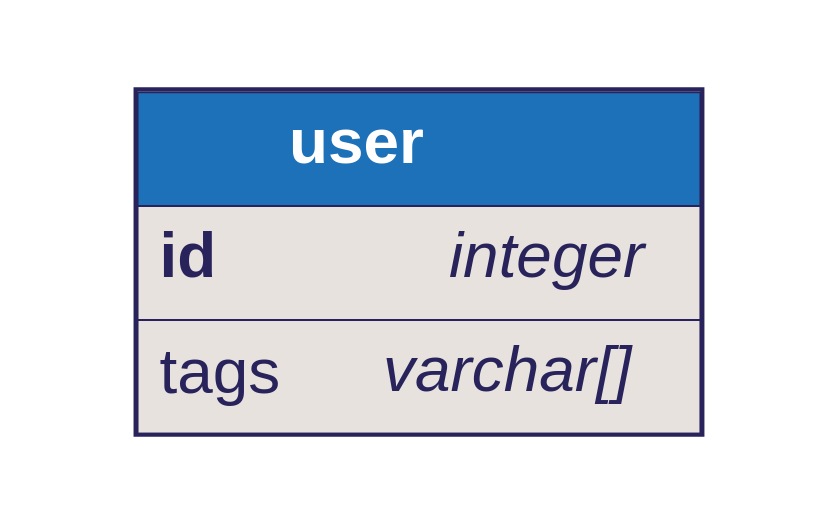
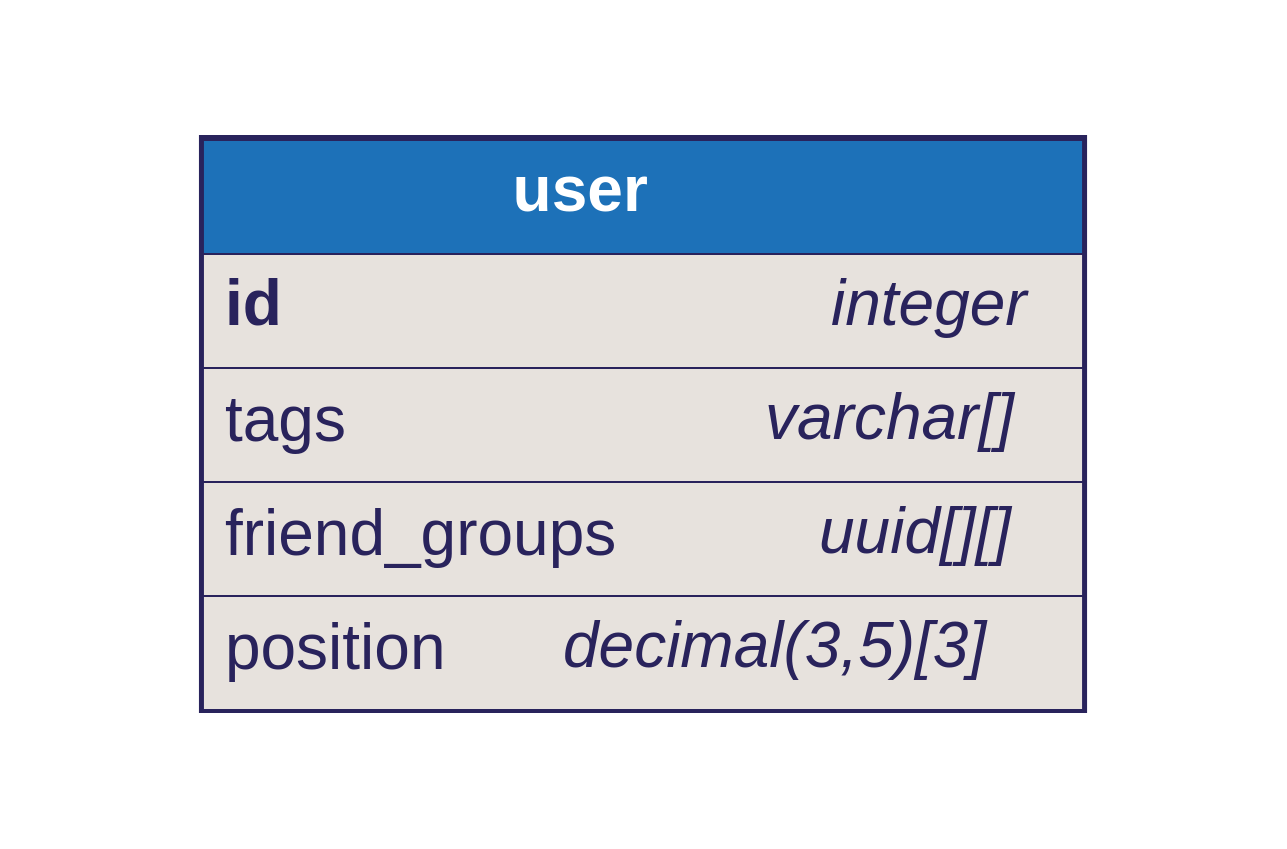
Before and after one commit to softwaretechnik-berlin/dbml-renderer: the diagram in examples/array-type.dbml.dot, drawn with Graphviz. The commit also changed 2 other files, not shown here.

```diff
--- a/examples/array-type.dbml.dot
+++ b/examples/array-type.dbml.dot
@@ -1,30 +1,46 @@
 digraph dbml {
       rankdir=LR;
       graph [fontname="helvetica", fontsize=32, fontcolor="#29235c", bgcolor="transparent"];
       node [penwidth=0, margin=0, fontname="helvetica", fontsize=32, fontcolor="#29235c"];
       edge [fontname="helvetica", fontsize=32, fontcolor="#29235c", color="#29235c"];
 
       
       
       "user" [id="user";label=<<TABLE BORDER="2" COLOR="#29235c" CELLBORDER="1" CELLSPACING="0" CELLPADDING="10">
       <TR><TD PORT="f0" BGCOLOR="#1d71b8"><FONT COLOR="#ffffff"><B>       user       </B></FONT></TD></TR>
 <TR><TD ALIGN="LEFT" PORT="f1" BGCOLOR="#e7e2dd">
       <TABLE CELLPADDING="0" CELLSPACING="0" BORDER="0">
         <TR>
           <TD ALIGN="LEFT"><B>id</B>    </TD>
           <TD ALIGN="RIGHT"><FONT><I>integer</I></FONT></TD>
         </TR>
       </TABLE>
     </TD></TR>
 <TR><TD ALIGN="LEFT" PORT="f2" BGCOLOR="#e7e2dd">
       <TABLE CELLPADDING="0" CELLSPACING="0" BORDER="0">
         <TR>
           <TD ALIGN="LEFT">tags    </TD>
           <TD ALIGN="RIGHT"><FONT><I>varchar[]</I></FONT></TD>
         </TR>
       </TABLE>
     </TD></TR>
+<TR><TD ALIGN="LEFT" PORT="f3" BGCOLOR="#e7e2dd">
+      <TABLE CELLPADDING="0" CELLSPACING="0" BORDER="0">
+        <TR>
+          <TD ALIGN="LEFT">friend_groups    </TD>
+          <TD ALIGN="RIGHT"><FONT><I>uuid[][]</I></FONT></TD>
+        </TR>
+      </TABLE>
+    </TD></TR>
+<TR><TD ALIGN="LEFT" PORT="f4" BGCOLOR="#e7e2dd">
+      <TABLE CELLPADDING="0" CELLSPACING="0" BORDER="0">
+        <TR>
+          <TD ALIGN="LEFT">position    </TD>
+          <TD ALIGN="RIGHT"><FONT><I>decimal(3,5)[3]</I></FONT></TD>
+        </TR>
+      </TABLE>
+    </TD></TR>
     </TABLE>>];
       
       
     }
```
